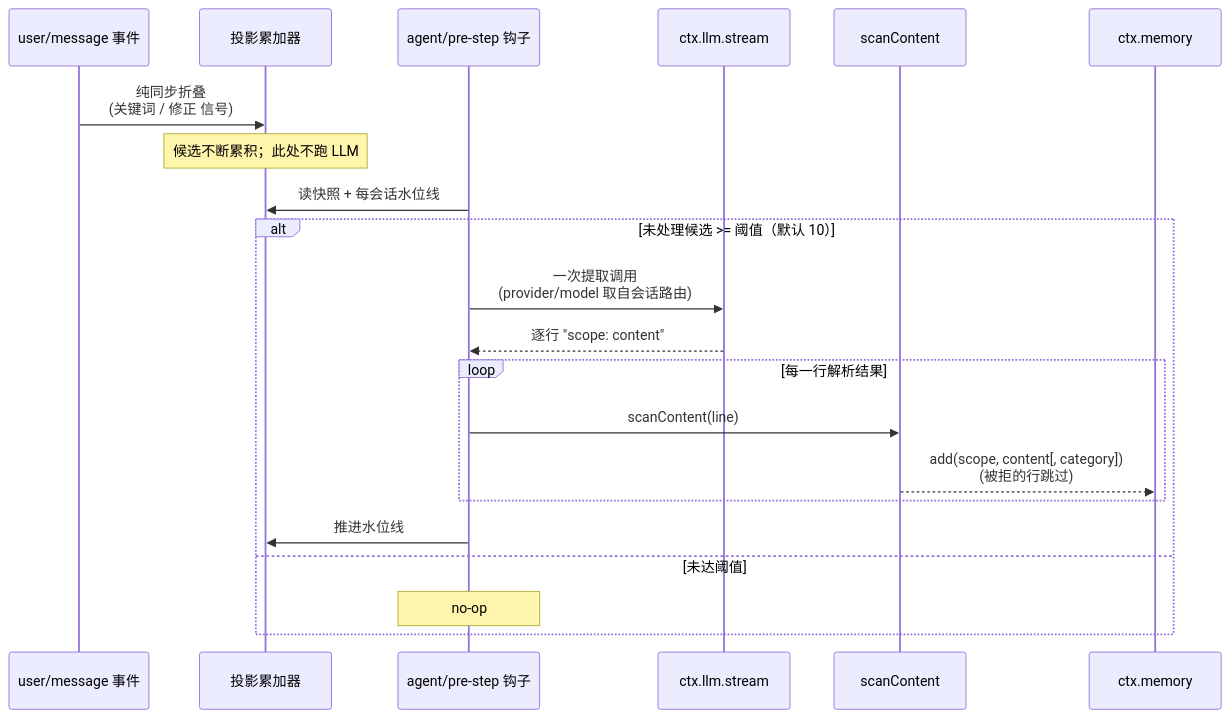
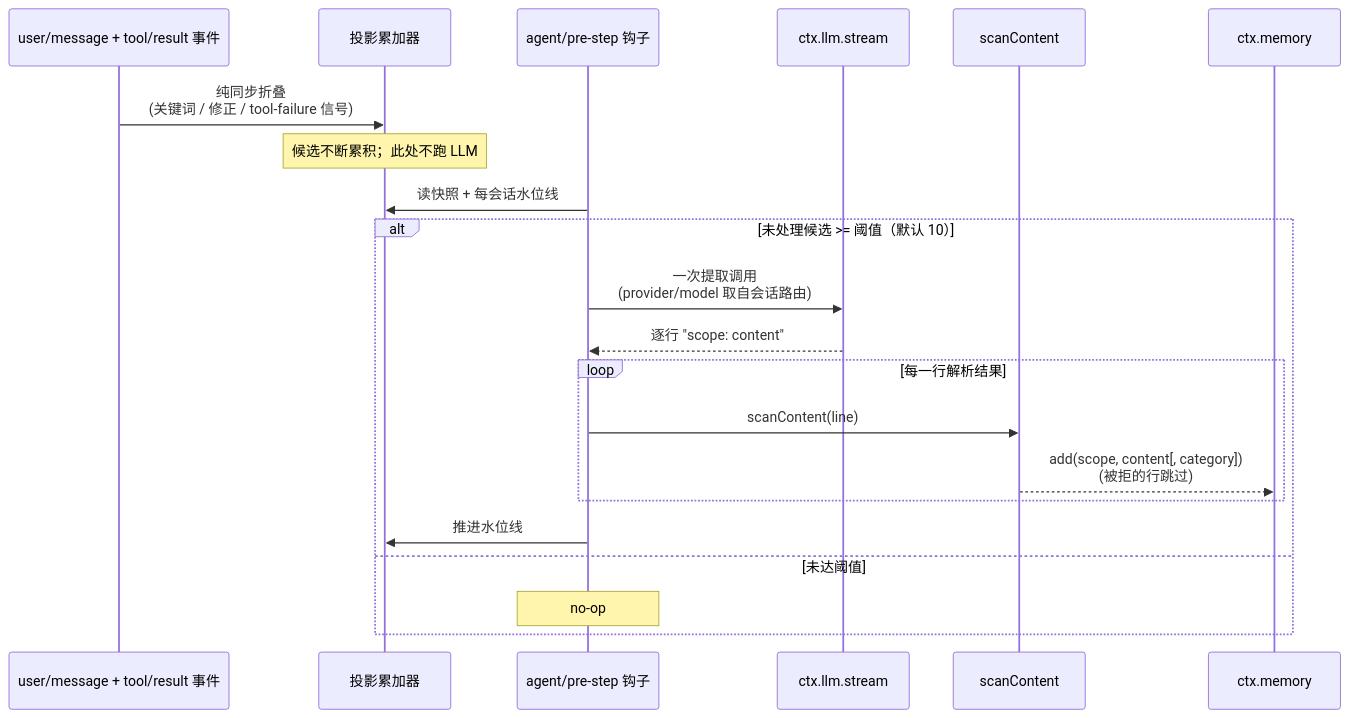
One commit to chenhw7/dsh-memory changed the third of 3 diagrams in docs/TECH_DESIGN.zh-CN.md. Above: the diagram before and after it, drawn with Mermaid. The commit also changed other lines of this file and 8 other files, not shown here.

````diff
--- a/docs/TECH_DESIGN.zh-CN.md
+++ b/docs/TECH_DESIGN.zh-CN.md
@@ -149,24 +152,24 @@
 ```mermaid
 sequenceDiagram
-  participant U as user/message 事件
+  participant U as user/message + tool/result 事件
   participant ACC as 投影累加器
   participant STEP as agent/pre-step 钩子
   participant LLM as ctx.llm.stream
   participant SCAN as scanContent
   participant STORE as ctx.memory
 
-  U->>ACC: 纯同步折叠<br/>(关键词 / 修正 信号)
+  U->>ACC: 纯同步折叠<br/>(关键词 / 修正 / tool-failure 信号)
   Note over ACC: 候选不断累积；此处不跑 LLM
   STEP->>ACC: 读快照 + 每会话水位线
   alt 未处理候选 >= 阈值（默认 10）
     STEP->>LLM: 一次提取调用<br/>(provider/model 取自会话路由)
     LLM-->>STEP: 逐行 "scope: content"
     loop 每一行解析结果
       STEP->>SCAN: scanContent(line)
       SCAN-->>STORE: add(scope, content[, category])<br/>(被拒的行跳过)
     end
     STEP->>ACC: 推进水位线
   else 未达阈值
     Note over STEP: no-op
   end
 ```
````
